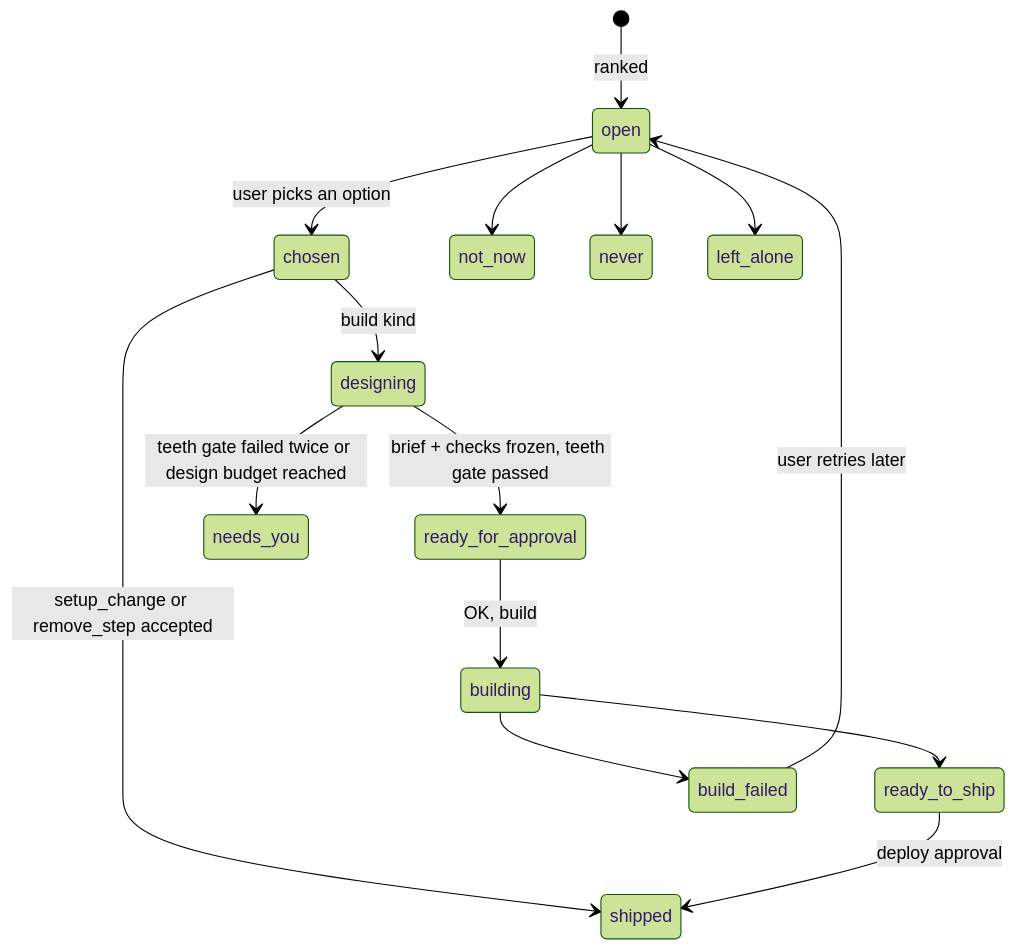
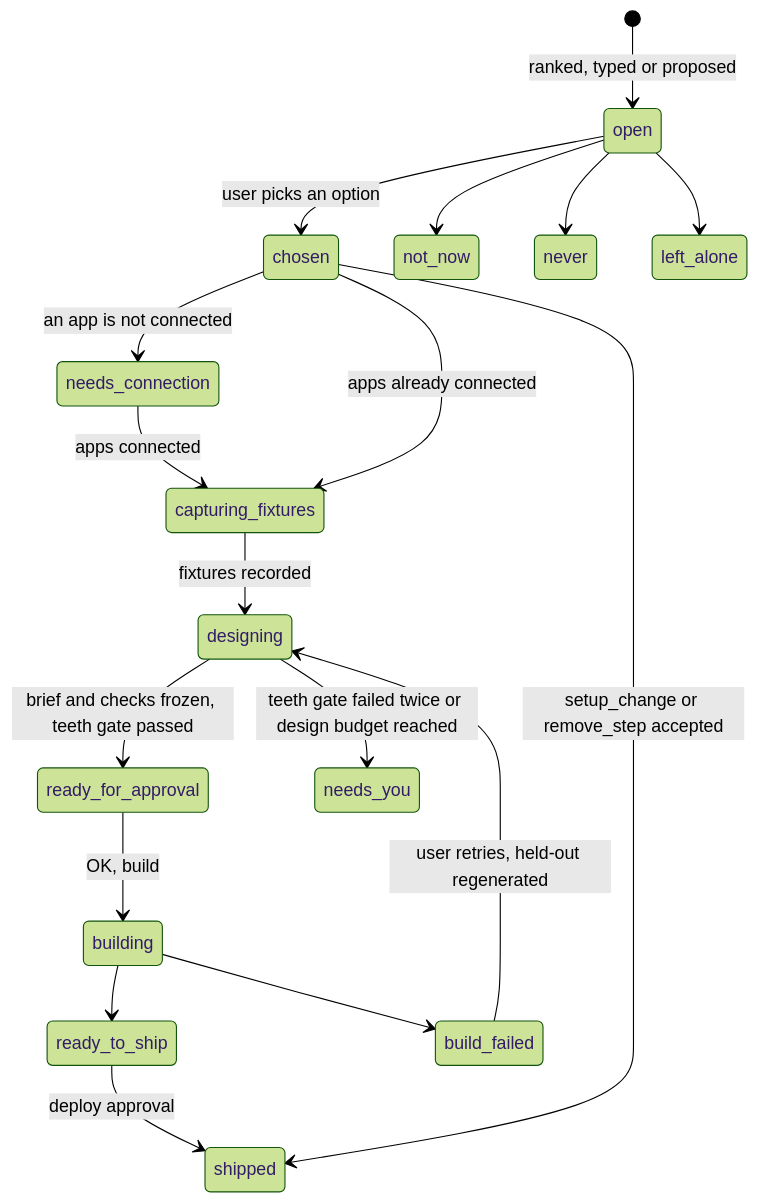
Before and after one commit to tabani-png/offload-v2: the eighth of 21 diagrams in docs/ARCHITECTURE.md, drawn with Mermaid (forest theme). The commit also changed other lines of this file and 11 other files, not shown here.

Commit message:
docs: architecture, data model, API, roadmap, open questions OQ-23 to OQ-26, glossary, README, agent rules (Claude Code standing rule)

````diff
--- a/docs/ARCHITECTURE.md
+++ b/docs/ARCHITECTURE.md
@@ -288,17 +406,20 @@
 ```mermaid
 stateDiagram-v2
-  [*] --> open: ranked
+  [*] --> open: ranked, typed or proposed
   open --> chosen: user picks an option
   open --> not_now
   open --> never
   open --> left_alone
-  chosen --> designing: build kind
+  chosen --> needs_connection: an app is not connected
+  needs_connection --> capturing_fixtures: apps connected
+  chosen --> capturing_fixtures: apps already connected
   chosen --> shipped: setup_change or remove_step accepted
-  designing --> ready_for_approval: brief + checks frozen, teeth gate passed
+  capturing_fixtures --> designing: fixtures recorded
+  designing --> ready_for_approval: brief and checks frozen, teeth gate passed
   designing --> needs_you: teeth gate failed twice or design budget reached
   ready_for_approval --> building: OK, build
   building --> ready_to_ship
   building --> build_failed
   ready_to_ship --> shipped: deploy approval
-  build_failed --> open: user retries later
+  build_failed --> designing: user retries, held-out regenerated
 ```
````
